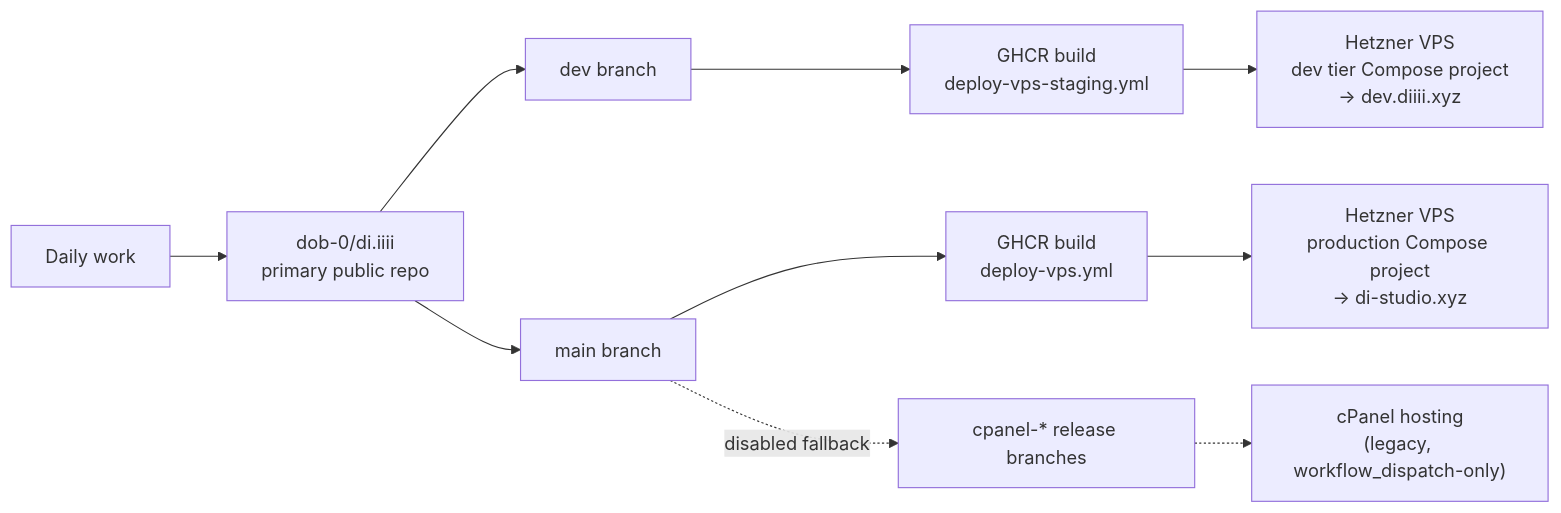
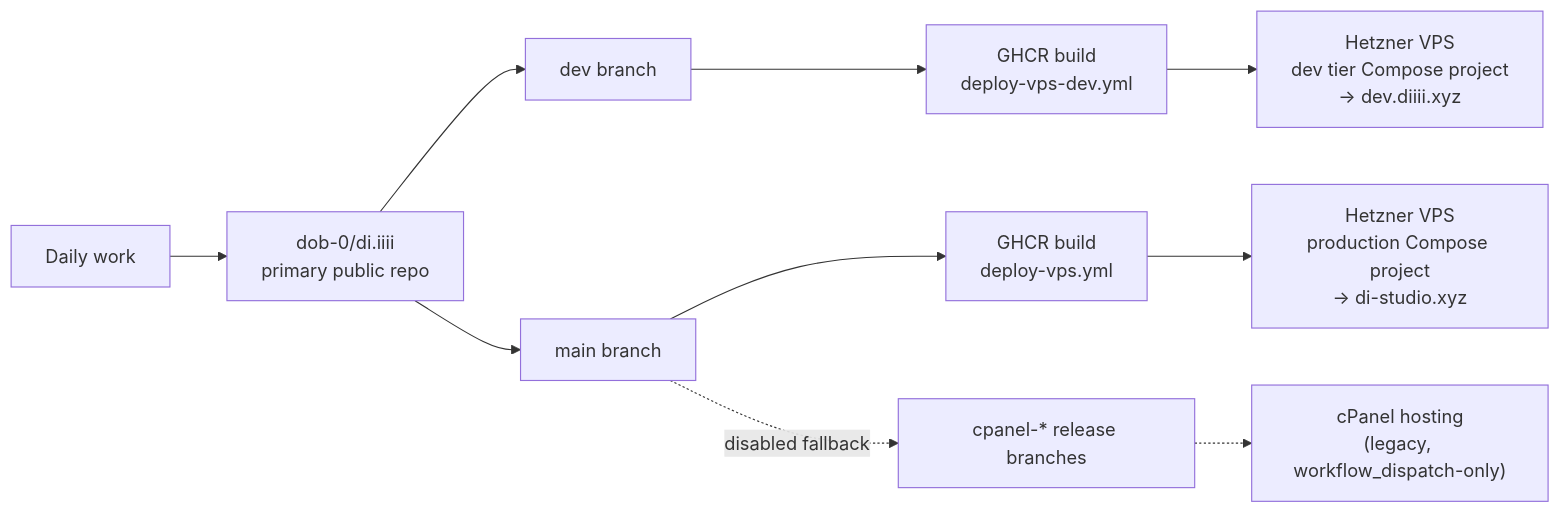
Before and after one commit to dob-0/di.iiii: the diagram in README.md, drawn with Mermaid. The commit also changed other lines of this file and 82 other files, not shown here.

First line of the commit message:
chore: rename the dev tier's staging identifiers to dev

````diff
--- a/README.md
+++ b/README.md
@@ -211,12 +211,12 @@
 ```mermaid
 flowchart LR
     work["Daily work"] --> dev["dob-0/di.iiii<br/>primary public repo"]
     dev --> branchDev["dev branch"]
     dev --> branchMain["main branch"]
-    branchDev --> ghcrStaging["GHCR build<br/>deploy-vps-staging.yml"]
+    branchDev --> ghcrDev["GHCR build<br/>deploy-vps-dev.yml"]
     branchMain --> ghcrProd["GHCR build<br/>deploy-vps.yml"]
-    ghcrStaging --> vpsStaging["Hetzner VPS<br/>dev tier Compose project<br/>→ dev.diiii.xyz"]
+    ghcrDev --> vpsDev["Hetzner VPS<br/>dev tier Compose project<br/>→ dev.diiii.xyz"]
     ghcrProd --> vpsProd["Hetzner VPS<br/>production Compose project<br/>→ di-studio.xyz"]
     branchMain -.disabled fallback.-> release["cpanel-* release branches"]
     release -.-> hosting["cPanel hosting<br/>(legacy, workflow_dispatch-only)"]
 ```
````
